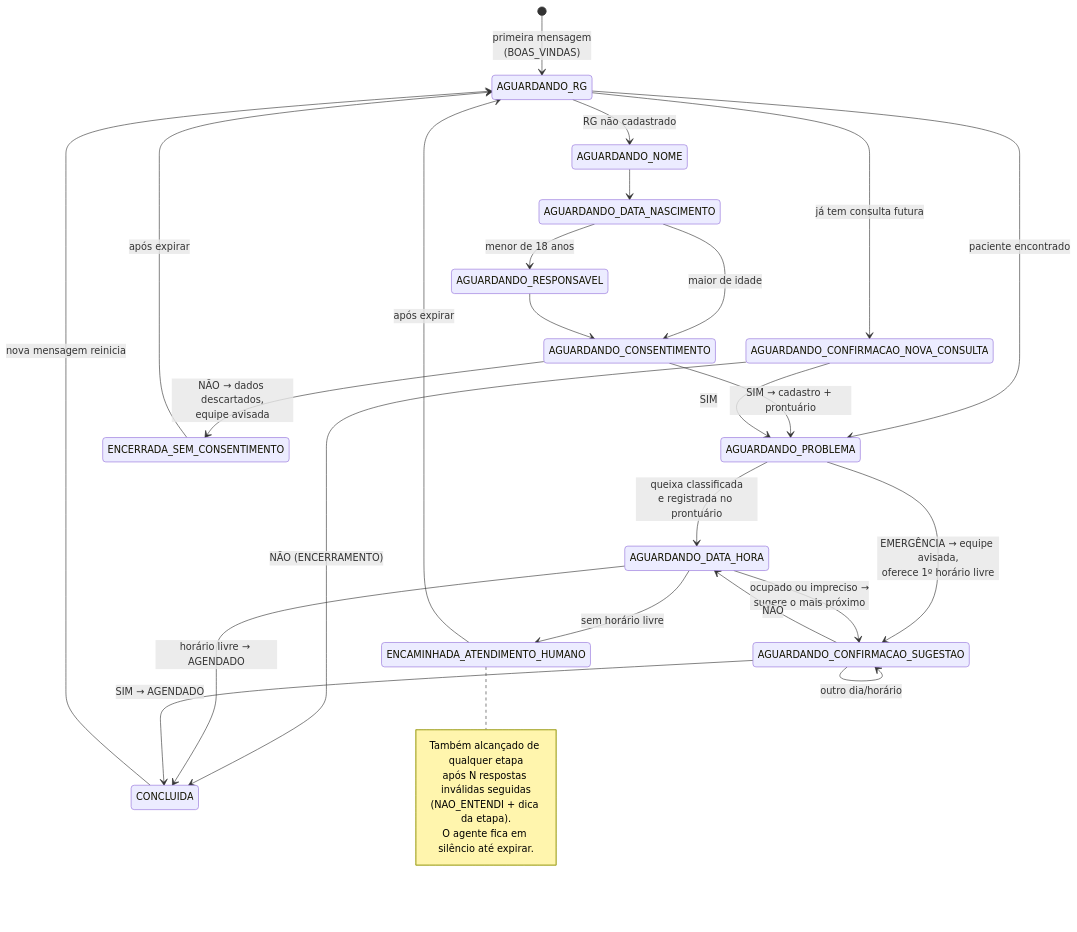
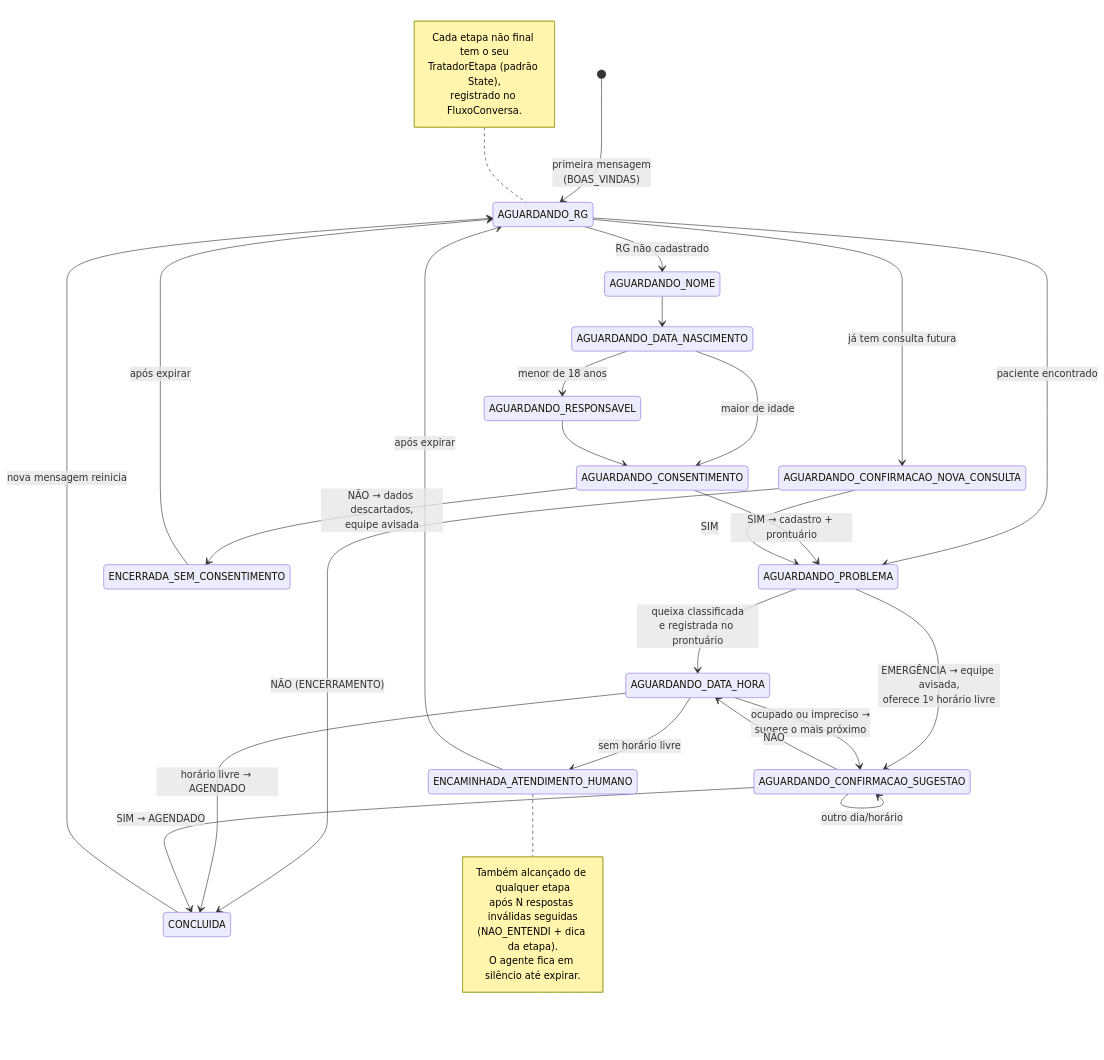
The diagram in docs/diagramas/fonte/04-maquina-estados-conversa.mmd (rafaelzucon/agent-whatsapp-odonto), drawn with Mermaid before and after one commit. The commit also changed 60 other files, not shown here.

```diff
--- a/docs/diagramas/fonte/04-maquina-estados-conversa.mmd
+++ b/docs/diagramas/fonte/04-maquina-estados-conversa.mmd
@@ -1,38 +1,44 @@
 stateDiagram-v2
     [*] --> AGUARDANDO_RG: primeira mensagem<br/>(BOAS_VINDAS)
 
     AGUARDANDO_RG --> AGUARDANDO_NOME: RG não cadastrado
     AGUARDANDO_RG --> AGUARDANDO_PROBLEMA: paciente encontrado
     AGUARDANDO_RG --> AGUARDANDO_CONFIRMACAO_NOVA_CONSULTA: já tem consulta futura
 
     AGUARDANDO_NOME --> AGUARDANDO_DATA_NASCIMENTO
     AGUARDANDO_DATA_NASCIMENTO --> AGUARDANDO_RESPONSAVEL: menor de 18 anos
     AGUARDANDO_DATA_NASCIMENTO --> AGUARDANDO_CONSENTIMENTO: maior de idade
     AGUARDANDO_RESPONSAVEL --> AGUARDANDO_CONSENTIMENTO
     AGUARDANDO_CONSENTIMENTO --> AGUARDANDO_PROBLEMA: SIM → cadastro + prontuário
     AGUARDANDO_CONSENTIMENTO --> ENCERRADA_SEM_CONSENTIMENTO: NÃO → dados descartados,<br/>equipe avisada
 
     AGUARDANDO_CONFIRMACAO_NOVA_CONSULTA --> AGUARDANDO_PROBLEMA: SIM
     AGUARDANDO_CONFIRMACAO_NOVA_CONSULTA --> CONCLUIDA: NÃO (ENCERRAMENTO)
 
     AGUARDANDO_PROBLEMA --> AGUARDANDO_DATA_HORA: queixa classificada<br/>e registrada no prontuário
     AGUARDANDO_PROBLEMA --> AGUARDANDO_CONFIRMACAO_SUGESTAO: EMERGÊNCIA → equipe avisada,<br/>oferece 1º horário livre
 
     AGUARDANDO_DATA_HORA --> CONCLUIDA: horário livre → AGENDADO
     AGUARDANDO_DATA_HORA --> AGUARDANDO_CONFIRMACAO_SUGESTAO: ocupado ou impreciso →<br/>sugere o mais próximo
     AGUARDANDO_DATA_HORA --> ENCAMINHADA_ATENDIMENTO_HUMANO: sem horário livre
 
     AGUARDANDO_CONFIRMACAO_SUGESTAO --> CONCLUIDA: SIM → AGENDADO
     AGUARDANDO_CONFIRMACAO_SUGESTAO --> AGUARDANDO_DATA_HORA: NÃO
     AGUARDANDO_CONFIRMACAO_SUGESTAO --> AGUARDANDO_CONFIRMACAO_SUGESTAO: outro dia/horário
 
     CONCLUIDA --> AGUARDANDO_RG: nova mensagem reinicia
     ENCERRADA_SEM_CONSENTIMENTO --> AGUARDANDO_RG: após expirar
     ENCAMINHADA_ATENDIMENTO_HUMANO --> AGUARDANDO_RG: após expirar
 
     note right of ENCAMINHADA_ATENDIMENTO_HUMANO
         Também alcançado de qualquer etapa
         após N respostas inválidas seguidas
         (NAO_ENTENDI + dica da etapa).
         O agente fica em silêncio até expirar.
     end note
+
+    note left of AGUARDANDO_RG
+        Cada etapa não final tem o seu
+        TratadorEtapa (padrão State),
+        registrado no FluxoConversa.
+    end note
```
